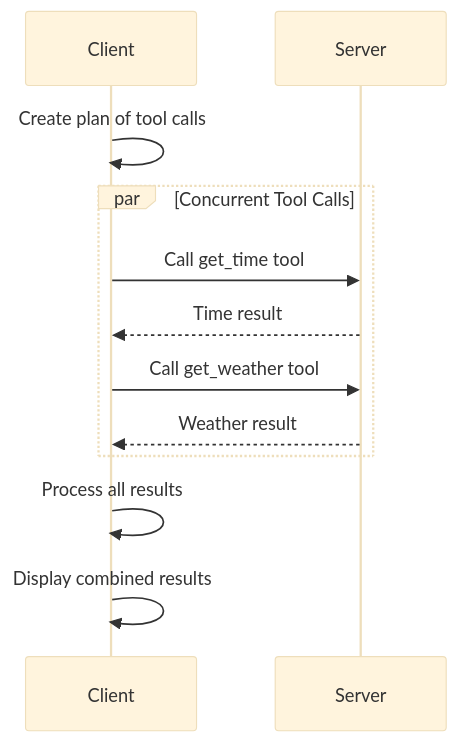
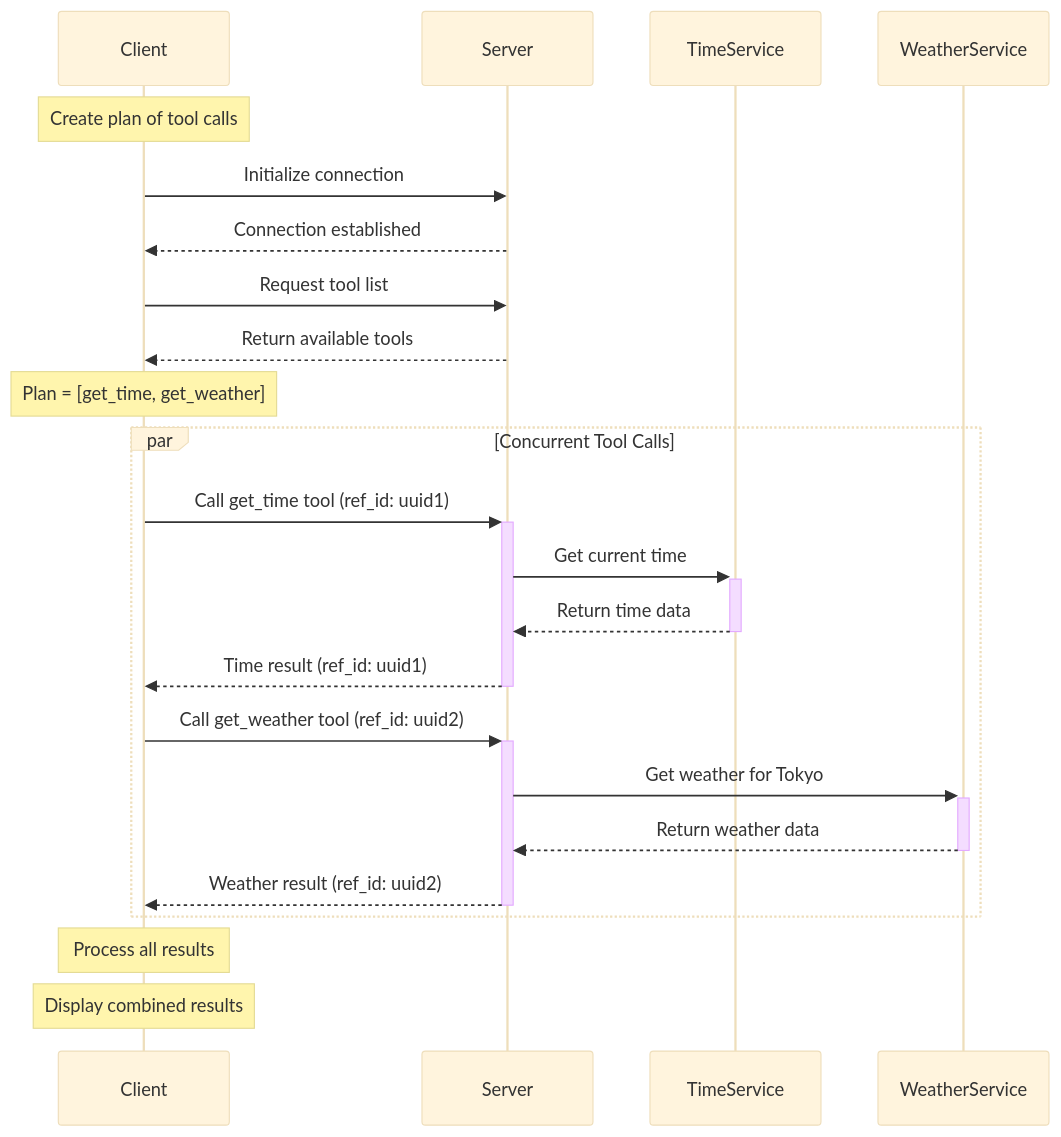
The diagram in 05-agent-parallel/README.md (nowucca/introducing-mcp), drawn with Mermaid (base theme) before and after one commit. The commit also changed other lines of this file and 1 other file, not shown here.

Commit message:
Adding diagrams

````diff
--- a/05-agent-parallel/README.md
+++ b/05-agent-parallel/README.md
@@ -42,18 +42,33 @@
 ```mermaid
 sequenceDiagram
     participant Client
     participant Server
+    participant TimeService
+    participant WeatherService
     
-    Client->>Client: Create plan of tool calls
+    Note over Client: Create plan of tool calls
+    
+    Client->>Server: Initialize connection
+    Server-->>Client: Connection established
+    
+    Client->>Server: Request tool list
+    Server-->>Client: Return available tools
+    
+    Note over Client: Plan = [get_time, get_weather]
     
     par Concurrent Tool Calls
-        Client->>Server: Call get_time tool
-        Server-->>Client: Time result
+        Client->>+Server: Call get_time tool (ref_id: uuid1)
+        Server->>+TimeService: Get current time
+        TimeService-->>-Server: Return time data
+        Server-->>-Client: Time result (ref_id: uuid1)
         
-        Client->>Server: Call get_weather tool
-        Server-->>Client: Weather result
+        Client->>+Server: Call get_weather tool (ref_id: uuid2)
+        Server->>+WeatherService: Get weather for Tokyo
+        WeatherService-->>-Server: Return weather data
+        Server-->>-Client: Weather result (ref_id: uuid2)
     end
     
-    Client->>Client: Process all results
-    Client->>Client: Display combined results
+    Note over Client: Process all results
+    
+    Note over Client: Display combined results
 ```
````
